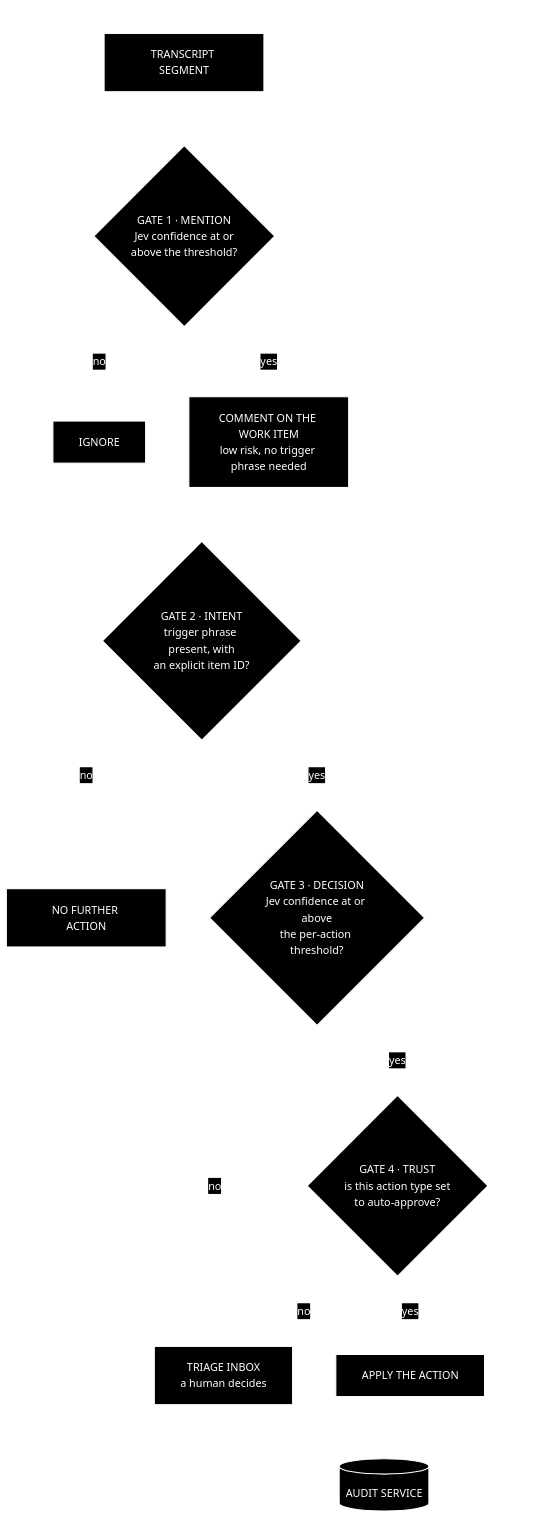
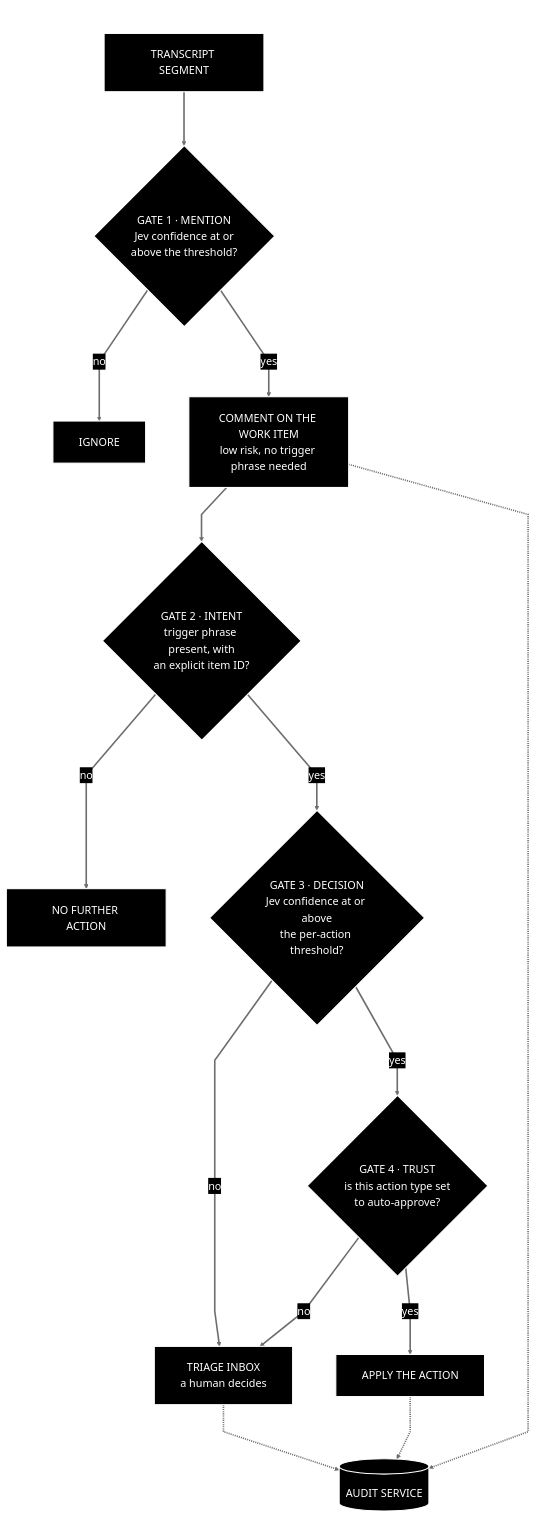
The diagram in prd/09-trust-safety-and-audit.md (JamesTwisleton/capture-knowledge-action), drawn with Mermaid before and after one commit. The commit also changed 4 other files, not shown here.

Commit message:
fixing diagrams

````diff
--- a/prd/09-trust-safety-and-audit.md
+++ b/prd/09-trust-safety-and-audit.md
@@ -7,22 +7,22 @@
 ```mermaid
 ---
 title: The gate model, from transcript segment to action
 ---
-%%{init: {"theme":"base","themeVariables":{"background":"#000000","fontSize":"20px","fontFamily":"Helvetica, Arial, sans-serif","primaryColor":"#000000","primaryTextColor":"#ffffff","primaryBorderColor":"#ffffff","secondaryColor":"#000000","secondaryTextColor":"#ffffff","secondaryBorderColor":"#ffffff","tertiaryColor":"#000000","tertiaryTextColor":"#ffffff","tertiaryBorderColor":"#ffffff","lineColor":"#ffffff","textColor":"#ffffff","mainBkg":"#000000","nodeBorder":"#ffffff","nodeTextColor":"#ffffff","clusterBkg":"#000000","clusterBorder":"#ffffff","titleColor":"#ffffff","edgeLabelBackground":"#000000"},"flowchart":{"nodeSpacing":80,"rankSpacing":100,"padding":24,"curve":"linear"}}}%%
+%%{init: {"theme":"base","themeVariables":{"background":"#000000","fontSize":"20px","primaryColor":"#000000","primaryTextColor":"#ffffff","primaryBorderColor":"#ffffff","secondaryColor":"#000000","secondaryTextColor":"#ffffff","secondaryBorderColor":"#ffffff","tertiaryColor":"#000000","tertiaryTextColor":"#ffffff","tertiaryBorderColor":"#ffffff","lineColor":"#6e6e6e","textColor":"#ffffff","mainBkg":"#000000","nodeBorder":"#ffffff","nodeTextColor":"#ffffff","clusterBkg":"#000000","clusterBorder":"#ffffff","titleColor":"#6e6e6e","edgeLabelBackground":"#000000"},"flowchart":{"nodeSpacing":80,"rankSpacing":100,"padding":24,"curve":"linear"},"themeCSS":"svg{background:#000000 !important;}"}}%%
 flowchart TB
   T["TRANSCRIPT SEGMENT"] ==> G1{"GATE 1 · MENTION<br/>Jev confidence at or<br/>above the threshold?"}
   G1 ==>|"no"| X1["IGNORE"]
   G1 ==>|"yes"| C1["COMMENT ON THE WORK ITEM<br/>low risk, no trigger phrase needed"]
   C1 ==> G2{"GATE 2 · INTENT<br/>trigger phrase present, with<br/>an explicit item ID?"}
   G2 ==>|"no"| X2["NO FURTHER ACTION"]
   G2 ==>|"yes"| G3{"GATE 3 · DECISION<br/>Jev confidence at or above<br/>the per-action threshold?"}
   G3 ==>|"no"| INBOX["TRIAGE INBOX<br/>a human decides"]
   G3 ==>|"yes"| G4{"GATE 4 · TRUST<br/>is this action type set<br/>to auto-approve?"}
   G4 ==>|"no"| INBOX
   G4 ==>|"yes"| ACT["APPLY THE ACTION"]
   C1 -.-> AUD[("AUDIT SERVICE")]
   INBOX -.-> AUD
   ACT -.-> AUD
   classDef default fill:#000000,stroke:#ffffff,stroke-width:2px,color:#ffffff
-  linkStyle default stroke:#ffffff,stroke-width:3px
+  linkStyle default stroke:#6e6e6e,stroke-width:3px
 ```
````
